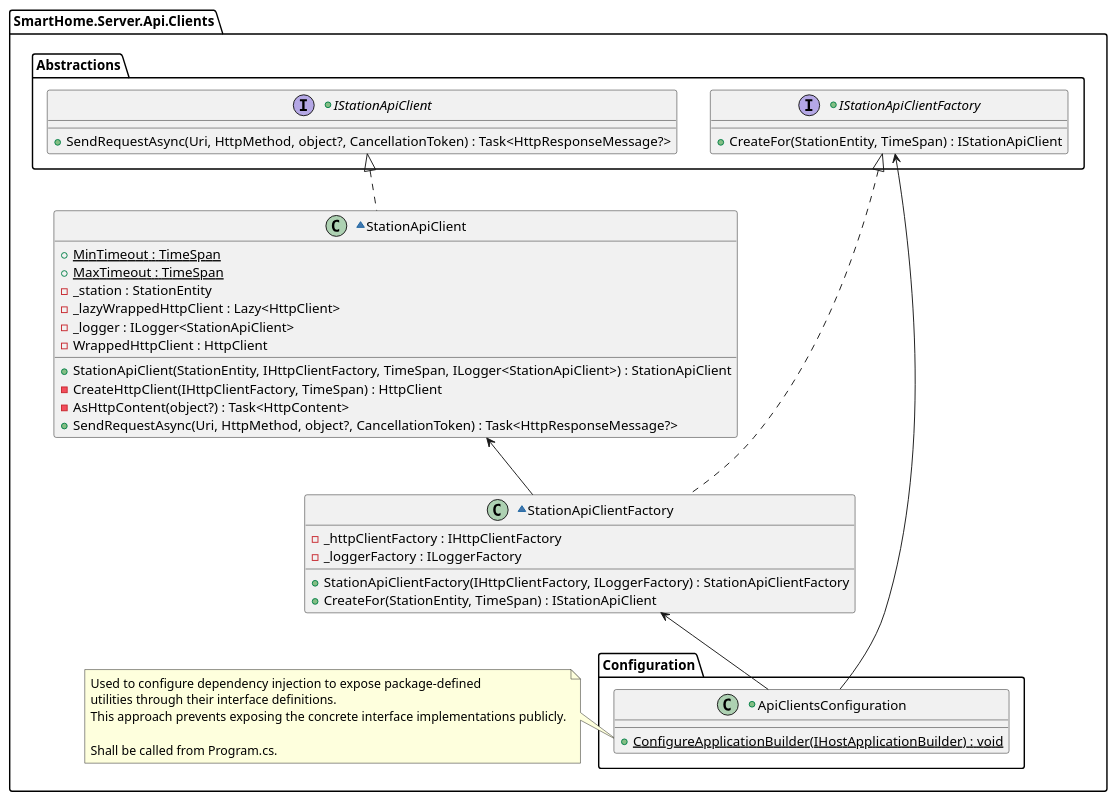
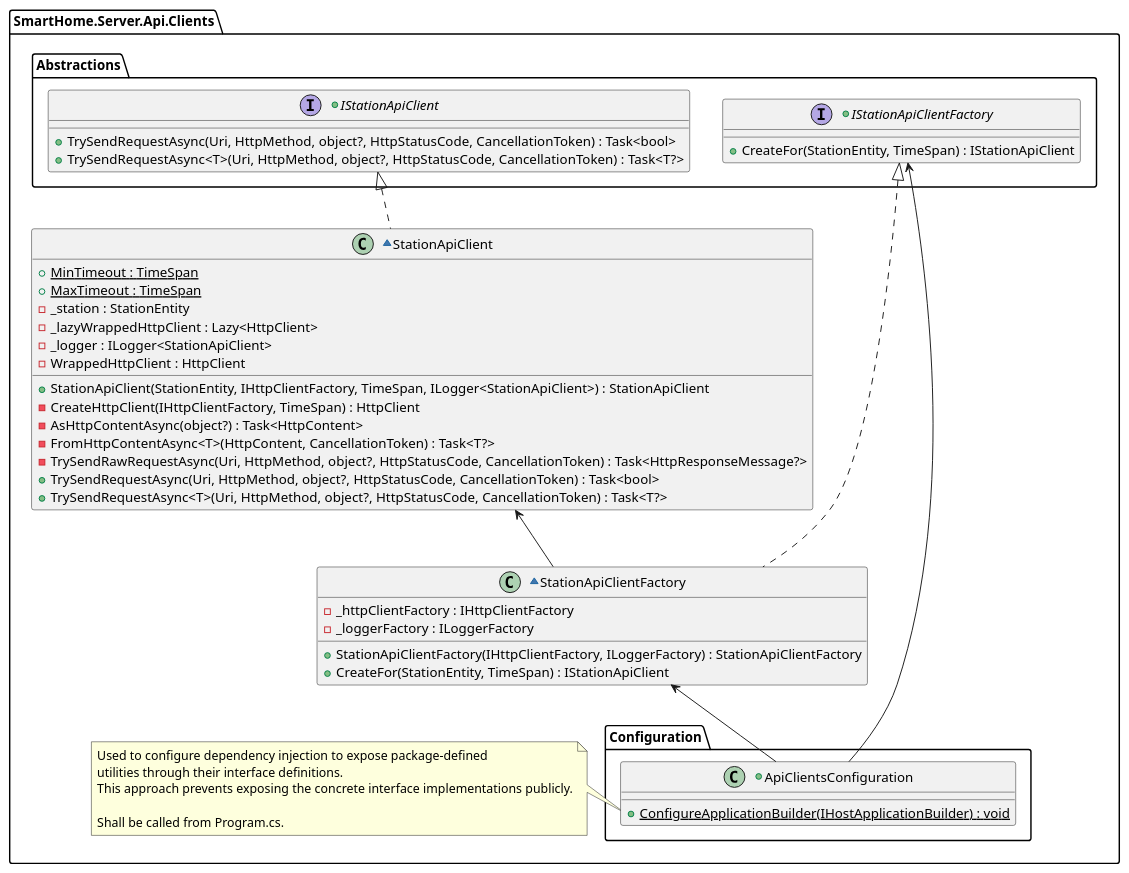
Before and after one commit to JakubMiodunka/smart-home: the diagram in doc/Server/uml/src/modules/SmartHome.Server.Api.Clients.pu, drawn with PlantUML. The commit also changed 3 other files, not shown here.

```diff
--- a/doc/Server/uml/src/modules/SmartHome.Server.Api.Clients.pu
+++ b/doc/Server/uml/src/modules/SmartHome.Server.Api.Clients.pu
@@ -1,55 +1,59 @@
 @startuml
 
 package "SmartHome.Server.Api.Clients" as ApiClients {
     package Abstractions {
         +interface IStationApiClient {
-            +SendRequestAsync(Uri, HttpMethod, object?, CancellationToken) : Task<HttpResponseMessage?>
+            +TrySendRequestAsync(Uri, HttpMethod, object?, HttpStatusCode, CancellationToken) : Task<bool>
+            +TrySendRequestAsync<T>(Uri, HttpMethod, object?, HttpStatusCode, CancellationToken) : Task<T?>
         }
 
         +interface IStationApiClientFactory {
             +CreateFor(StationEntity, TimeSpan) : IStationApiClient
         }
     }
 
     package Configuration {
         +class ApiClientsConfiguration {
             +{static} ConfigureApplicationBuilder(IHostApplicationBuilder) : void
         }
     }
 
     ~class StationApiClient {
         +{static} MinTimeout : TimeSpan
         +{static} MaxTimeout : TimeSpan
         -_station : StationEntity
         -_lazyWrappedHttpClient : Lazy<HttpClient>
         -_logger : ILogger<StationApiClient>
         -WrappedHttpClient : HttpClient
         +StationApiClient(StationEntity, IHttpClientFactory, TimeSpan, ILogger<StationApiClient>) : StationApiClient
         -CreateHttpClient(IHttpClientFactory, TimeSpan) : HttpClient
-        -AsHttpContent(object?) : Task<HttpContent>
-        +SendRequestAsync(Uri, HttpMethod, object?, CancellationToken) : Task<HttpResponseMessage?>
+        -AsHttpContentAsync(object?) : Task<HttpContent>
+        -FromHttpContentAsync<T>(HttpContent, CancellationToken) : Task<T?>
+        -TrySendRawRequestAsync(Uri, HttpMethod, object?, HttpStatusCode, CancellationToken) : Task<HttpResponseMessage?>
+        +TrySendRequestAsync(Uri, HttpMethod, object?, HttpStatusCode, CancellationToken) : Task<bool>
+        +TrySendRequestAsync<T>(Uri, HttpMethod, object?, HttpStatusCode, CancellationToken) : Task<T?>
     }
 
     ~class StationApiClientFactory {
         -_httpClientFactory : IHttpClientFactory
         -_loggerFactory : ILoggerFactory
         +StationApiClientFactory(IHttpClientFactory, ILoggerFactory) : StationApiClientFactory
         +CreateFor(StationEntity, TimeSpan) : IStationApiClient
     }
 
     IStationApiClientFactory <|.. StationApiClientFactory
     IStationApiClient <|.. StationApiClient
     StationApiClient <-- StationApiClientFactory
     IStationApiClientFactory <-- ApiClientsConfiguration
     StationApiClientFactory <-- ApiClientsConfiguration
 
     note left of ApiClientsConfiguration::ConfigureApplicationBuilder
         Used to configure dependency injection to expose package-defined 
         utilities through their interface definitions.
         This approach prevents exposing the concrete interface implementations publicly.
         
         Shall be called from Program.cs.
     end note
 }
 
 @enduml
```
